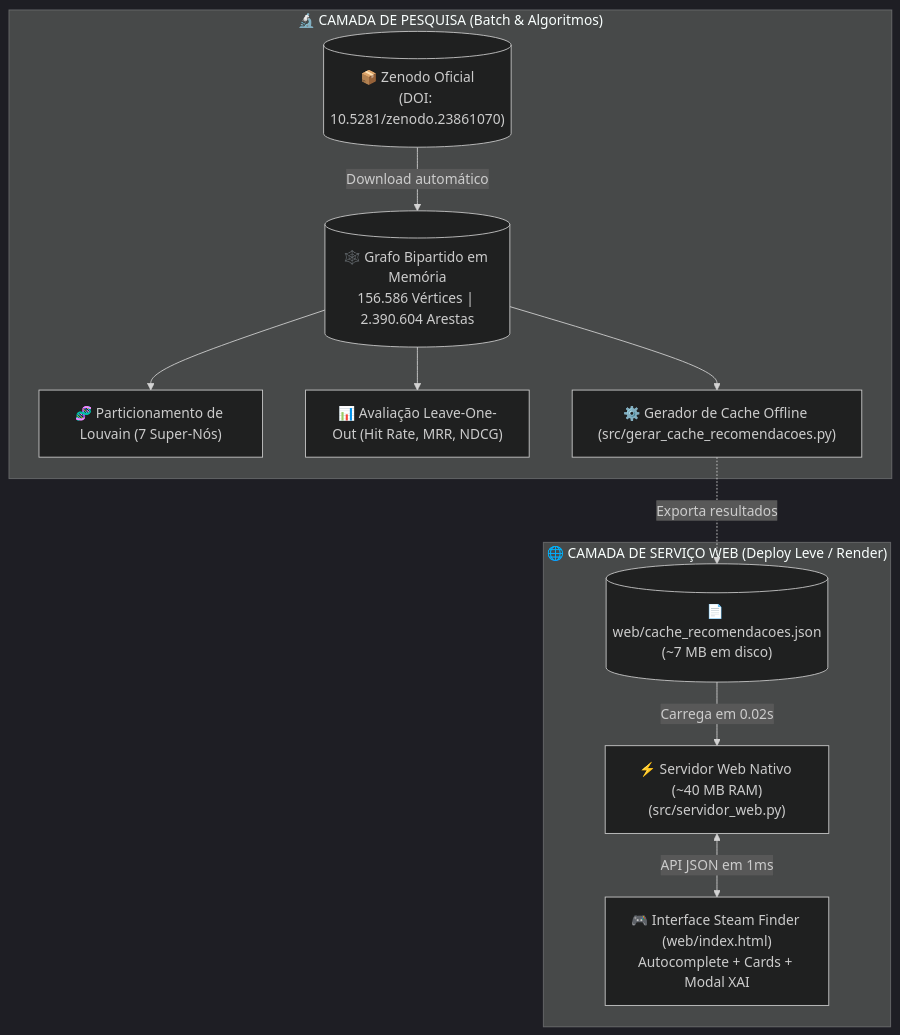
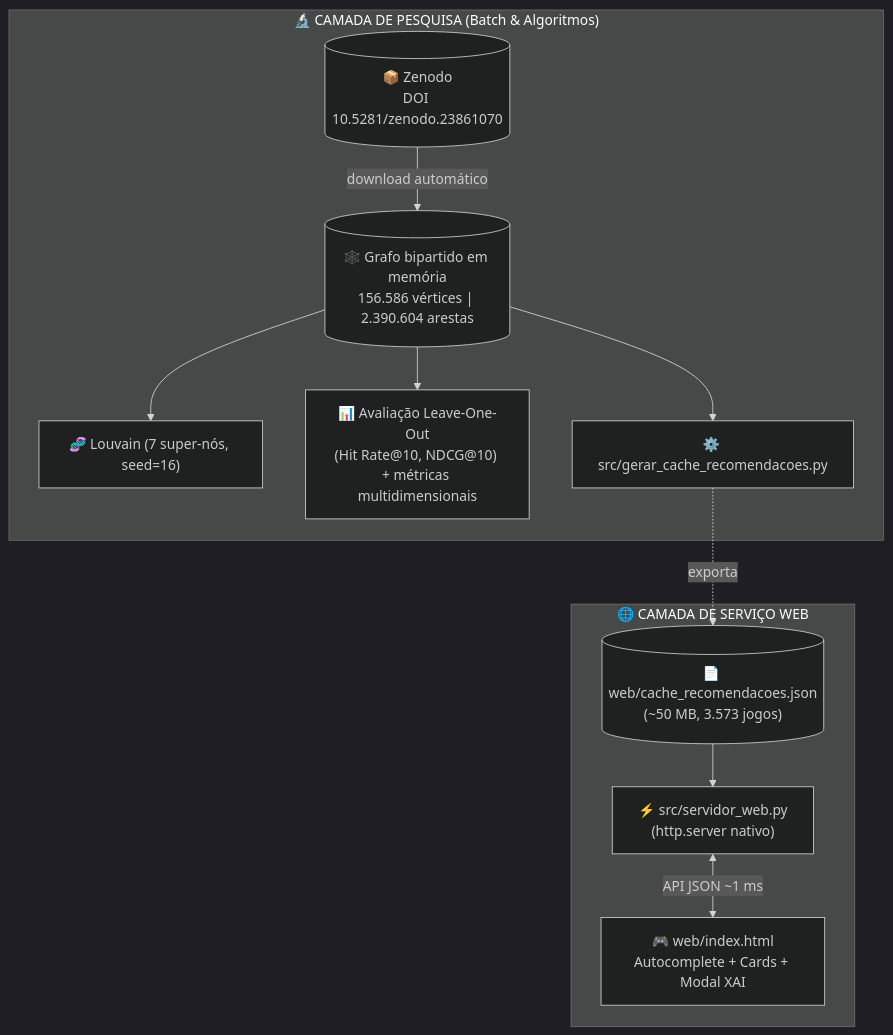
The diagram in README.md (rafa16w34/TrabalhoFinal-AEDS2), drawn with Mermaid (dark theme) before and after one commit. The commit also changed other lines of this file, not shown here.

````diff
--- a/README.md
+++ b/README.md
@@ -38,25 +43,25 @@
 ```mermaid
 flowchart TD
     subgraph Pesquisa ["🔬 CAMADA DE PESQUISA (Batch & Algoritmos)"]
-        Z[("📦 Zenodo Oficial\n(DOI: 10.5281/zenodo.23861070)")]
-        G[("🕸️ Grafo Bipartido em Memória\n156.586 Vértices | 2.390.604 Arestas")]
-        L["🧬 Particionamento de Louvain (7 Super-Nós)"]
-        Eval["📊 Avaliação Leave-One-Out (Hit Rate, MRR, NDCG)"]
-        GenCache["⚙️ Gerador de Cache Offline (src/gerar_cache_recomendacoes.py)"]
-        
-        Z -->|Download automático| G
+        Z[("📦 Zenodo<br/>DOI 10.5281/zenodo.23861070")]
+        G[("🕸️ Grafo bipartido em memória<br/>156.586 vértices | 2.390.604 arestas")]
+        L["🧬 Louvain (7 super-nós, seed=16)"]
+        Eval["📊 Avaliação Leave-One-Out<br/>(Hit Rate@10, NDCG@10) + métricas multidimensionais"]
+        GenCache["⚙️ src/gerar_cache_recomendacoes.py"]
+
+        Z -->|download automático| G
         G --> L
         G --> Eval
         G --> GenCache
     end
 
-    subgraph Producao ["🌐 CAMADA DE SERVIÇO WEB (Deploy Leve / Render)"]
-        CacheFile[("📄 web/cache_recomendacoes.json\n(~7 MB em disco)")]
-        WebServer["⚡ Servidor Web Nativo (~40 MB RAM)\n(src/servidor_web.py)"]
-        Client["🎮 Interface Steam Finder (web/index.html)\nAutocomplete + Cards + Modal XAI"]
+    subgraph Producao ["🌐 CAMADA DE SERVIÇO WEB"]
+        CacheFile[("📄 web/cache_recomendacoes.json<br/>(~50 MB, 3.573 jogos)")]
+        WebServer["⚡ src/servidor_web.py<br/>(http.server nativo)"]
+        Client["🎮 web/index.html<br/>Autocomplete + Cards + Modal XAI"]
 
-        GenCache -.->|Exporta resultados| CacheFile
-        CacheFile -->|Carrega em 0.02s| WebServer
-        WebServer <-->|API JSON em 1ms| Client
+        GenCache -.->|exporta| CacheFile
+        CacheFile --> WebServer
+        WebServer <-->|API JSON ~1 ms| Client
     end
 ```
````
